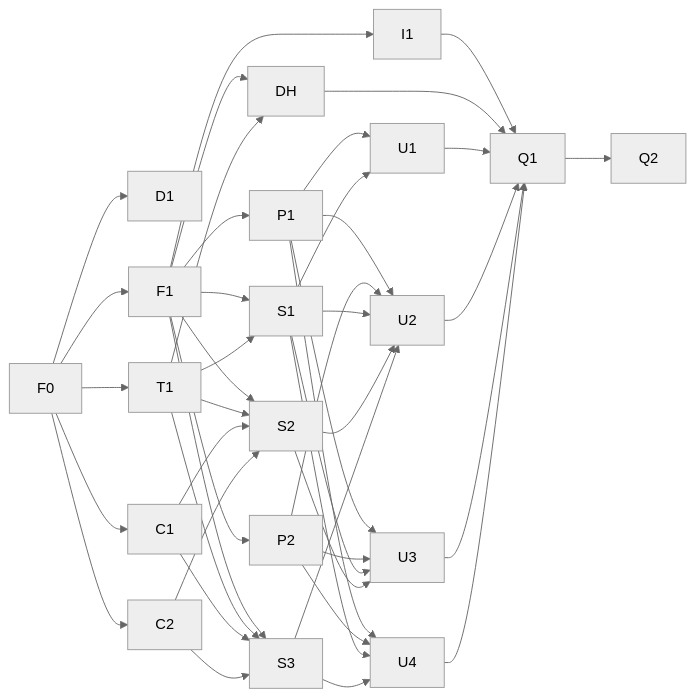
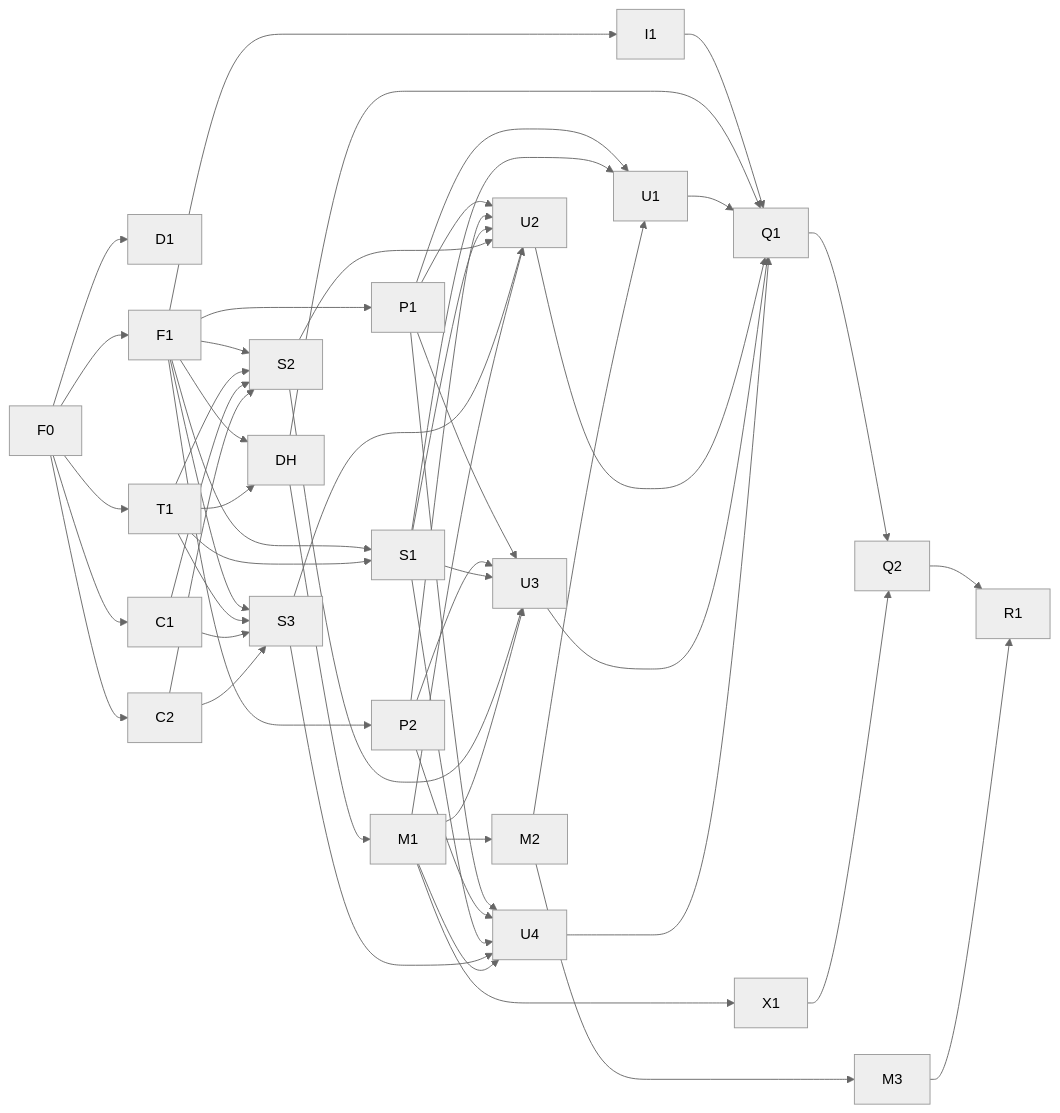
The second of 2 diagrams in docs/ui-mvp-plan.md (lordoleksiy/AzCfg), drawn with Mermaid (neutral theme) before and after one commit. The commit also changed other lines of this file, not shown here.

````diff
--- a/docs/ui-mvp-plan.md
+++ b/docs/ui-mvp-plan.md
@@ -1713,14 +1788,19 @@
 ```mermaid
 graph LR
   F0 --> D1 & C1 & C2 & T1 & F1
   F1 --> I1 & P1 & P2 & S1 & S2 & S3 & DH
   T1 --> S1 & S2 & S3 & DH
   C1 --> S2 & S3
   C2 --> S2 & S3
   P1 --> U1 & U2 & U3 & U4
   P2 --> U2 & U3 & U4
   S1 --> U1 & U2 & U3 & U4
   S2 --> U2 & U3
   S3 --> U2 & U4
+  DH --> M1 --> M2 --> M3
+  M1 --> U2 & U3 & U4 & X1
+  M2 --> U1
   I1 & DH & U1 & U2 & U3 & U4 --> Q1 --> Q2
+  X1 --> Q2
+  Q2 & M3 --> R1
 ```
````
